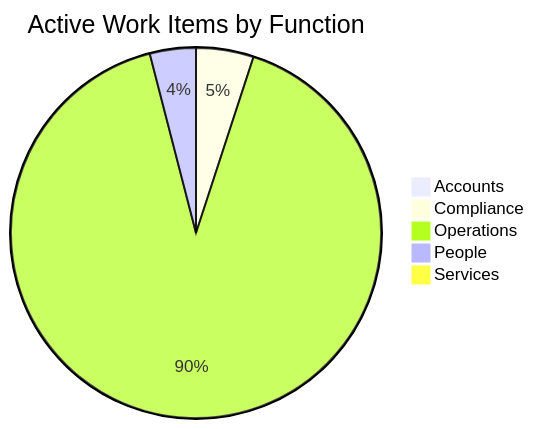
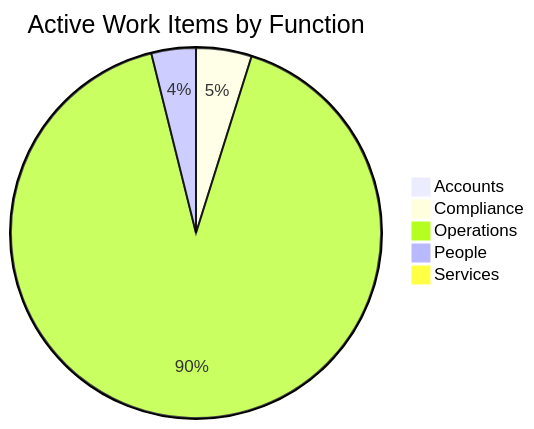
Before and after one commit to mgosal/5et.uk: the first of 3 diagrams in dashboard.md, drawn with Mermaid. The commit also changed other lines of this file and 3 other files, not shown here.

````diff
--- a/dashboard.md
+++ b/dashboard.md
@@ -405,8 +261,8 @@
 ```mermaid
 pie title Active Work Items by Function
     "Accounts" : 2
     "Compliance" : 10
-    "Operations" : 181
+    "Operations" : 188
     "People" : 8
     "Services" : 1
 ```
````
